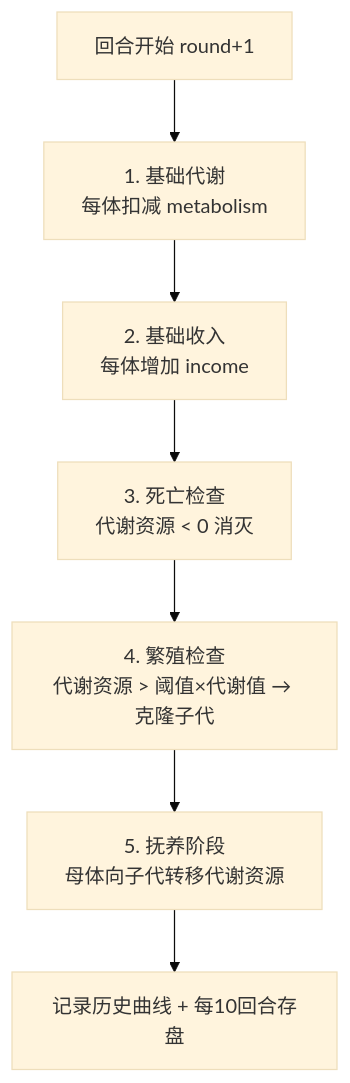
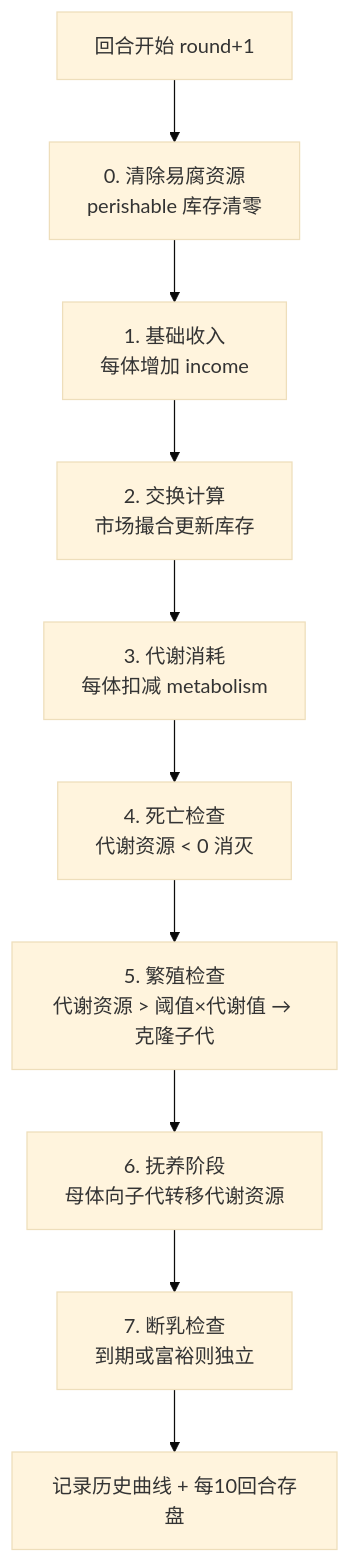
The first of 2 diagrams in README.md (netbit888/money_system), drawn with Mermaid (base theme) before and after one commit. The commit also changed other lines of this file and 4 other files, not shown here.

````diff
--- a/README.md
+++ b/README.md
@@ -130,9 +147,12 @@
 ```mermaid
 flowchart TD
-    A[回合开始 round+1] --> B[1. 基础代谢<br/>每体扣减 metabolism]
-    B --> C[2. 基础收入<br/>每体增加 income]
-    C --> D[3. 死亡检查<br/>代谢资源 < 0 消灭]
-    D --> E[4. 繁殖检查<br/>代谢资源 > 阈值×代谢值 → 克隆子代]
-    E --> F[5. 抚养阶段<br/>母体向子代转移代谢资源]
-    F --> G[记录历史曲线 + 每10回合存盘]
+    A[回合开始 round+1] --> Z[0. 清除易腐资源<br/>perishable 库存清零]
+    Z --> B[1. 基础收入<br/>每体增加 income]
+    B --> C[2. 交换计算<br/>市场撮合更新库存]
+    C --> D[3. 代谢消耗<br/>每体扣减 metabolism]
+    D --> E[4. 死亡检查<br/>代谢资源 < 0 消灭]
+    E --> F[5. 繁殖检查<br/>代谢资源 > 阈值×代谢值 → 克隆子代]
+    F --> G[6. 抚养阶段<br/>母体向子代转移代谢资源]
+    G --> H[7. 断乳检查<br/>到期或富裕则独立]
+    H --> I[记录历史曲线 + 每10回合存盘]
 ```
````
